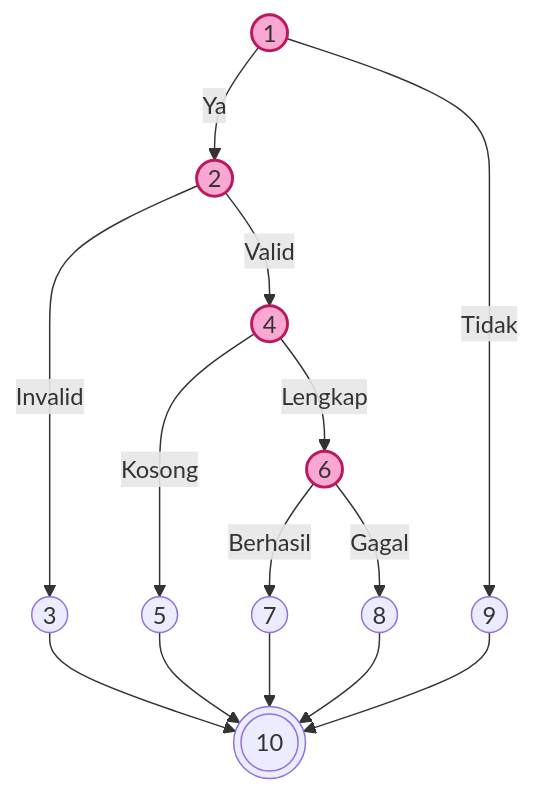
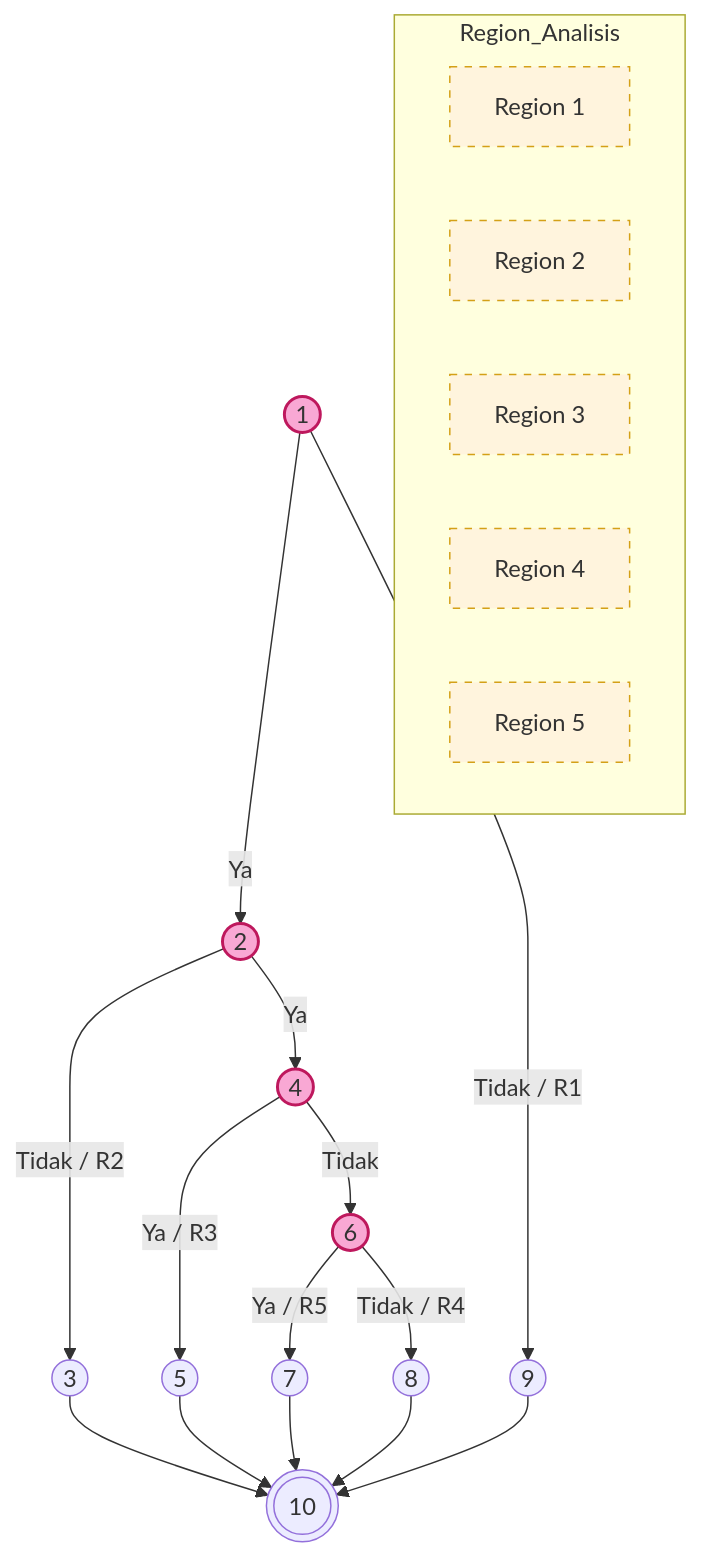
The fourth of 6 diagrams in docs/07_PENGUJIAN_WHITE_BOX.md (arbain-dev/Web_fikom), drawn with Mermaid before and after one commit. The commit also changed other lines of this file, not shown here.

````diff
--- a/docs/07_PENGUJIAN_WHITE_BOX.md
+++ b/docs/07_PENGUJIAN_WHITE_BOX.md
@@ -134,13 +139,23 @@
 ```mermaid
 graph TD
     classDef predicate fill:#f9a8d4,stroke:#be185d,stroke-width:2px;
+    classDef region fill:#fff4dd,stroke:#d4a017,stroke-dasharray: 5 5;
+
     1((1)):::predicate -->|Ya| 2((2)):::predicate
-    1 -->|Tidak| 9((9))
-    2 -->|Invalid| 3((3))
-    2 -->|Valid| 4((4)):::predicate
-    4 -->|Kosong| 5((5))
-    4 -->|Lengkap| 6((6)):::predicate
-    6 -->|Berhasil| 7((7))
-    6 -->|Gagal| 8((8))
+    1 -->|Tidak / R1| 9((9))
+    2 -->|Tidak / R2| 3((3))
+    2 -->|Ya| 4((4)):::predicate
+    4 -->|Ya / R3| 5((5))
+    4 -->|Tidak| 6((6)):::predicate
+    6 -->|Ya / R5| 7((7))
+    6 -->|Tidak / R4| 8((8))
     3 & 5 & 7 & 8 & 9 --> 10(((10)))
+
+    subgraph Region_Analisis
+        R1[Region 1]:::region
+        R2[Region 2]:::region
+        R3[Region 3]:::region
+        R4[Region 4]:::region
+        R5[Region 5]:::region
+    end
 ```
````
